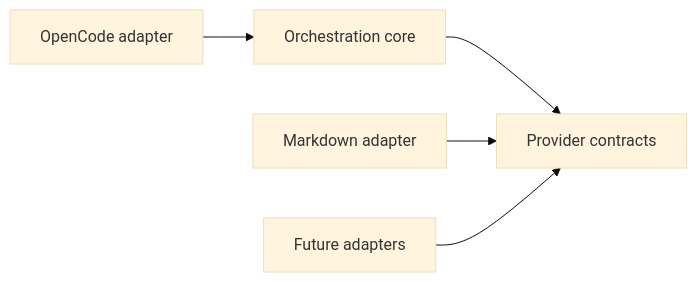
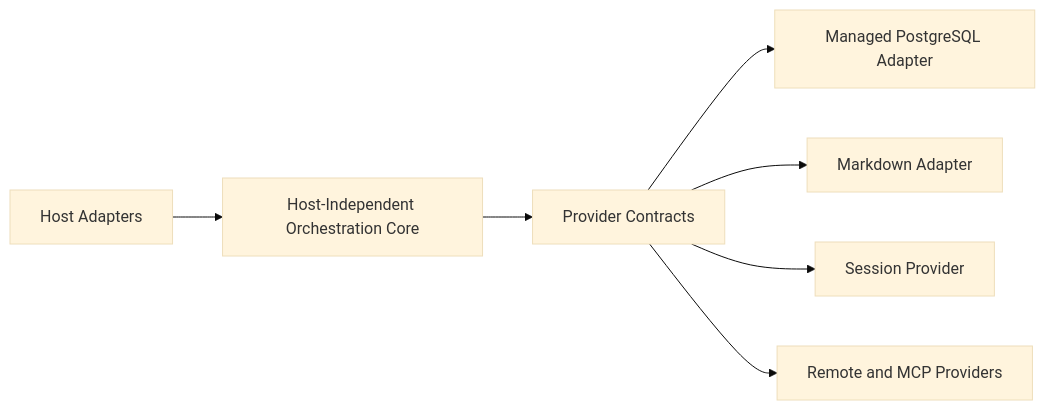
Before and after one commit to cgkades/remem: the second of 5 diagrams in docs/architecture.md, drawn with Mermaid (base theme). The commit also changed other lines of this file and 12 other files, not shown here.

Commit message:
docs: define managed memory architecture

````diff
--- a/docs/architecture.md
+++ b/docs/architecture.md
@@ -157,7 +120,9 @@
 ```mermaid
 flowchart LR
-    OC[OpenCode adapter] --> Core[Orchestration core]
-    Core --> Contracts[Provider contracts]
-    MD[Markdown adapter] --> Contracts
-    Future[Future adapters] --> Contracts
+    HA[Host Adapters] --> Core[Host-Independent Orchestration Core]
+    Core --> Contracts[Provider Contracts]
+    Contracts --> PG[Managed PostgreSQL Adapter]
+    Contracts --> MD[Markdown Adapter]
+    Contracts --> SP[Session Provider]
+    Contracts --> RP[Remote and MCP Providers]
 ```
````
